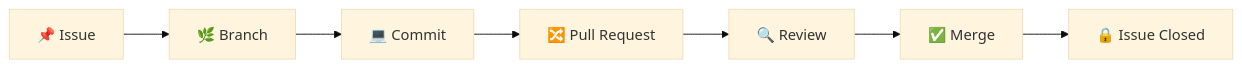
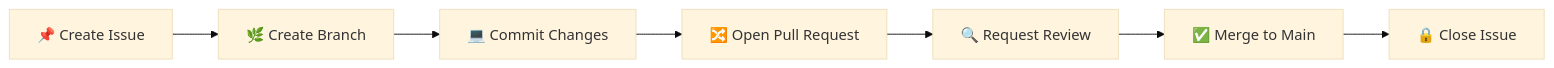
Before and after one commit to meowryam/taskflow-management-system: the second of 2 diagrams in README.md, drawn with Mermaid (base theme). The commit also changed other lines of this file, not shown here.

````diff
--- a/README.md
+++ b/README.md
@@ -254,9 +271,9 @@
 ```mermaid
 flowchart LR
-    A[📌 Issue] --> B[🌿 Branch]
-    B --> C[💻 Commit]
-    C --> D[🔀 Pull Request]
-    D --> E[🔍 Review]
-    E --> F[✅ Merge]
-    F --> G[🔒 Issue Closed]
+    A[📌 Create Issue] --> B[🌿 Create Branch]
+    B --> C[💻 Commit Changes]
+    C --> D[🔀 Open Pull Request]
+    D --> E[🔍 Request Review]
+    E --> F[✅ Merge to Main]
+    F --> G[🔒 Close Issue]
 ```
````
